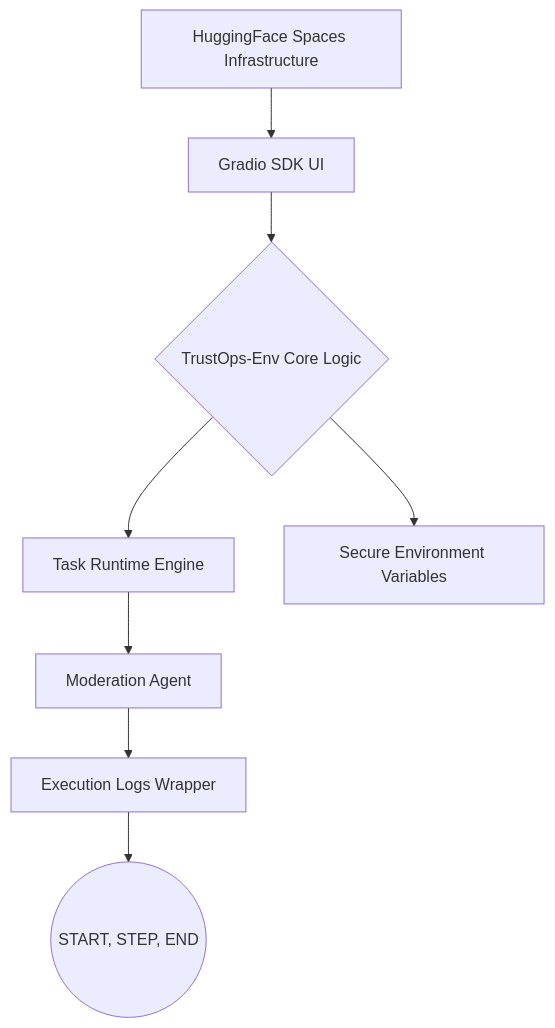
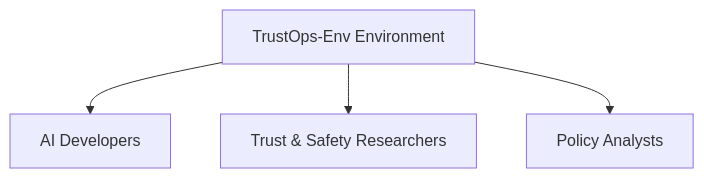
Before and after one commit to Anubhav741/ThinkSync: the first of 6 diagrams in core_concept.md, drawn with Mermaid. The commit also changed other lines of this file, not shown here.

````diff
--- a/core_concept.md
+++ b/core_concept.md
@@ -28,10 +34,6 @@
 ```mermaid
-graph TD
-    A[HuggingFace Spaces Infrastructure] --> B[Gradio SDK UI]
-    B --> C{TrustOps-Env Core Logic}
-    C --> D[Task Runtime Engine]
-    C --> E[Secure Environment Variables]
-    D --> F[Moderation Agent]
-    F --> G[Execution Logs Wrapper]
-    G --> H((START, STEP, END))
+flowchart TD
+A[TrustOps-Env Environment] --> B[AI Developers]
+A --> C[Trust & Safety Researchers]
+A --> D[Policy Analysts]
 ```
````
